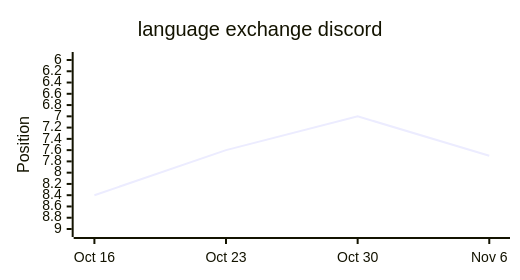
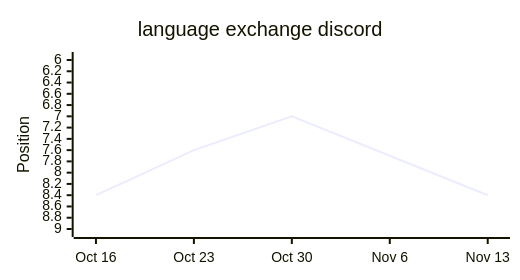
Diagram 12 of 13 in latest.md (langx/website), drawn with Mermaid before and after one commit. The commit also changed other lines of this file and 2 other files, not shown here.

````diff
--- a/latest.md
+++ b/latest.md
@@ -186,13 +186,13 @@
 ```mermaid
 ---
 config:
   xyChart:
     width: 500
     height: 260
 ---
 xychart-beta
   title "language exchange discord"
-  x-axis ["Oct 16", "Oct 23", "Oct 30", "Nov 6"]
+  x-axis ["Oct 16", "Oct 23", "Oct 30", "Nov 6", "Nov 13"]
   y-axis "Position" 9 --> 6
-  line [8.4, 7.6, 7, 7.7]
+  line [8.4, 7.6, 7, 7.7, 8.4]
 ```
````
